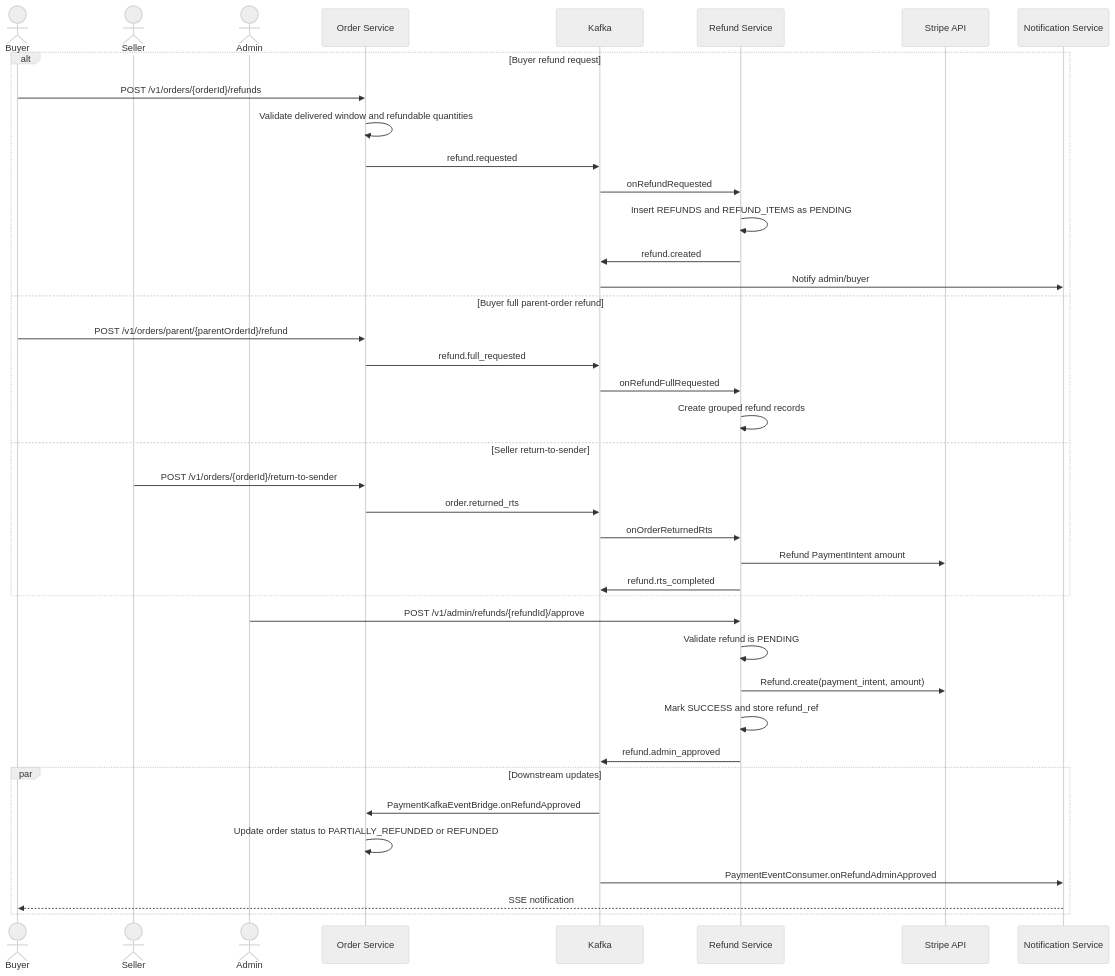
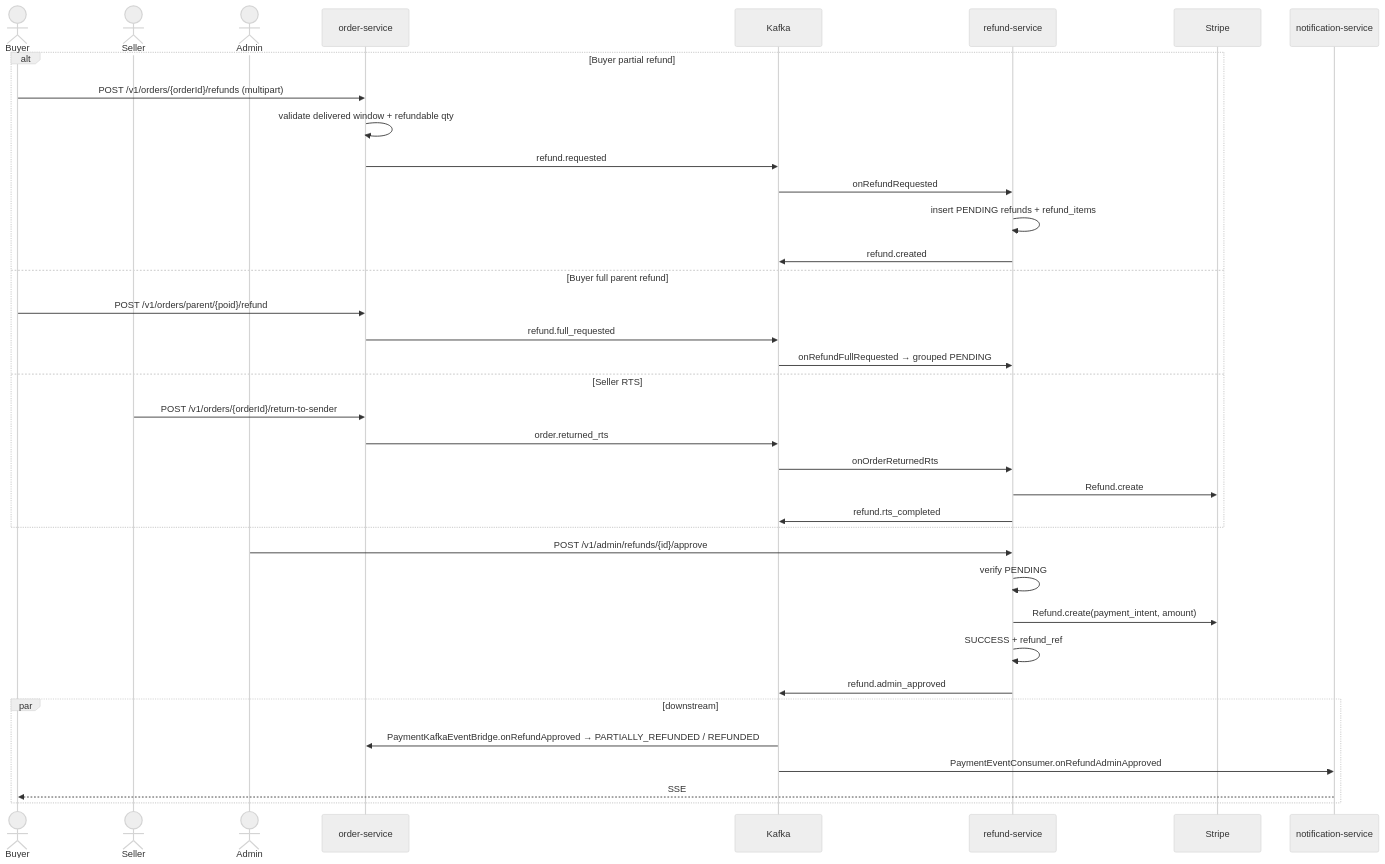
Before and after one commit to ldqanh1408/stealing-from-paradise: the diagram in documents/flows/cross-service/flow-refund-processing.md, drawn with Mermaid (neutral theme). The commit also changed other lines of this file and 48 other files, not shown here.

````diff
--- a/documents/flows/cross-service/flow-refund-processing.md
+++ b/documents/flows/cross-service/flow-refund-processing.md
@@ -15,44 +42,42 @@
 ```mermaid
 sequenceDiagram
     actor Buyer
     actor Seller
     actor Admin
-    participant Order as Order Service
-    participant Kafka as Kafka
-    participant Refund as Refund Service
-    participant Stripe as Stripe API
-    participant Notif as Notification Service
+    participant OR as order-service
+    participant K as Kafka
+    participant RF as refund-service
+    participant STR as Stripe
+    participant NT as notification-service
 
-    alt Buyer refund request
-        Buyer->>Order: POST /v1/orders/{orderId}/refunds
-        Order->>Order: Validate delivered window and refundable quantities
-        Order->>Kafka: refund.requested
-        Kafka->>Refund: onRefundRequested
-        Refund->>Refund: Insert REFUNDS and REFUND_ITEMS as PENDING
-        Refund->>Kafka: refund.created
-        Kafka->>Notif: Notify admin/buyer
-    else Buyer full parent-order refund
-        Buyer->>Order: POST /v1/orders/parent/{parentOrderId}/refund
-        Order->>Kafka: refund.full_requested
-        Kafka->>Refund: onRefundFullRequested
-        Refund->>Refund: Create grouped refund records
-    else Seller return-to-sender
-        Seller->>Order: POST /v1/orders/{orderId}/return-to-sender
-        Order->>Kafka: order.returned_rts
-        Kafka->>Refund: onOrderReturnedRts
-        Refund->>Stripe: Refund PaymentIntent amount
-        Refund->>Kafka: refund.rts_completed
+    alt Buyer partial refund
+        Buyer->>OR: POST /v1/orders/{orderId}/refunds (multipart)
+        OR->>OR: validate delivered window + refundable qty
+        OR->>K: refund.requested
+        K->>RF: onRefundRequested
+        RF->>RF: insert PENDING refunds + refund_items
+        RF->>K: refund.created
+    else Buyer full parent refund
+        Buyer->>OR: POST /v1/orders/parent/{poid}/refund
+        OR->>K: refund.full_requested
+        K->>RF: onRefundFullRequested → grouped PENDING
+    else Seller RTS
+        Seller->>OR: POST /v1/orders/{orderId}/return-to-sender
+        OR->>K: order.returned_rts
+        K->>RF: onOrderReturnedRts
+        RF->>STR: Refund.create
+        RF->>K: refund.rts_completed
     end
 
-    Admin->>Refund: POST /v1/admin/refunds/{refundId}/approve
-    Refund->>Refund: Validate refund is PENDING
-    Refund->>Stripe: Refund.create(payment_intent, amount)
-    Refund->>Refund: Mark SUCCESS and store refund_ref
-    Refund->>Kafka: refund.admin_approved
-    par Downstream updates
-        Kafka->>Order: PaymentKafkaEventBridge.onRefundApproved
-        Order->>Order: Update order status to PARTIALLY_REFUNDED or REFUNDED
-        Kafka->>Notif: PaymentEventConsumer.onRefundAdminApproved
-        Notif-->>Buyer: SSE notification
+    Admin->>RF: POST /v1/admin/refunds/{id}/approve
+    RF->>RF: verify PENDING
+    RF->>STR: Refund.create(payment_intent, amount)
+    RF->>RF: SUCCESS + refund_ref
+    RF->>K: refund.admin_approved
+
+    par downstream
+        K->>OR: PaymentKafkaEventBridge.onRefundApproved → PARTIALLY_REFUNDED / REFUNDED
+        K->>NT: PaymentEventConsumer.onRefundAdminApproved
+        NT-->>Buyer: SSE
     end
 ```
````
